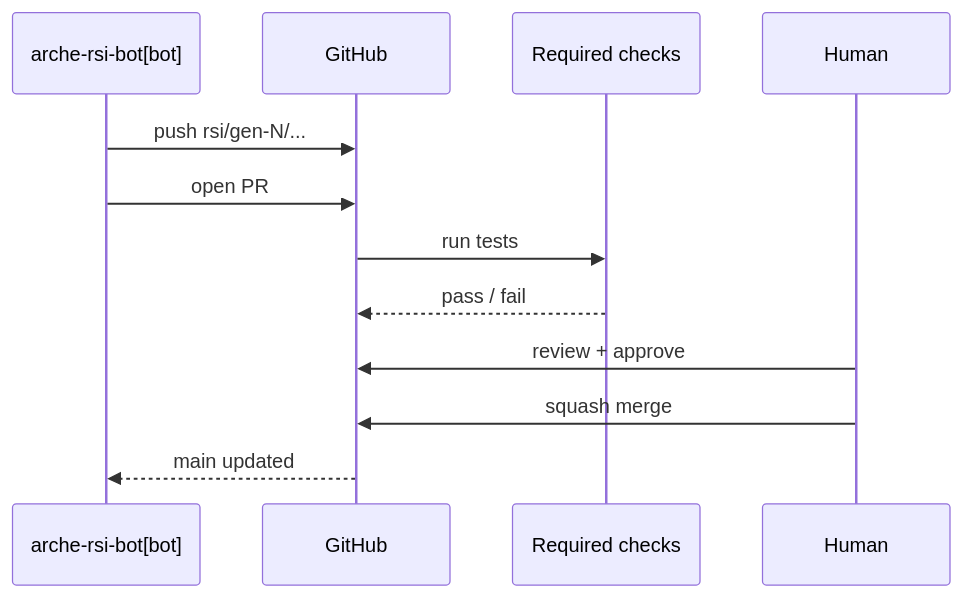
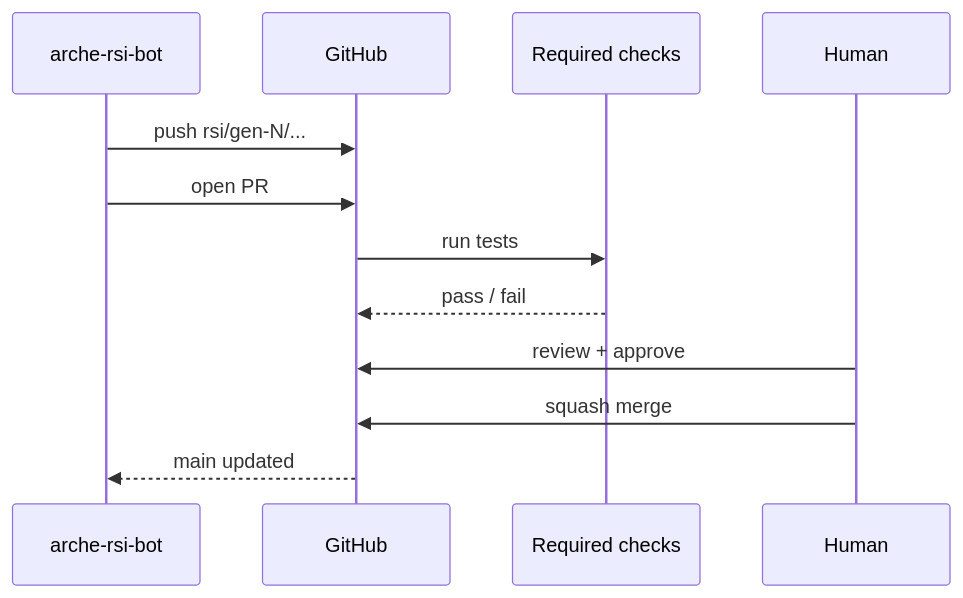
One commit to natricknye/arche changed the third of 3 diagrams in README.md. Above: the diagram before and after it, drawn with Mermaid. The commit also changed other lines of this file, not shown here.

Commit message:
docs: use stable Mermaid syntax in the README

````diff
--- a/README.md
+++ b/README.md
@@ -66,14 +66,14 @@
 ```mermaid
 sequenceDiagram
-  participant Bot as arche-rsi-bot[bot]
+  participant Bot as arche-rsi-bot
   participant GitHub
   participant Checks as Required checks
   participant Human
   Bot->>GitHub: push rsi/gen-N/...
   Bot->>GitHub: open PR
   GitHub->>Checks: run tests
   Checks-->>GitHub: pass / fail
   Human->>GitHub: review + approve
   Human->>GitHub: squash merge
   GitHub-->>Bot: main updated
 ```
````
